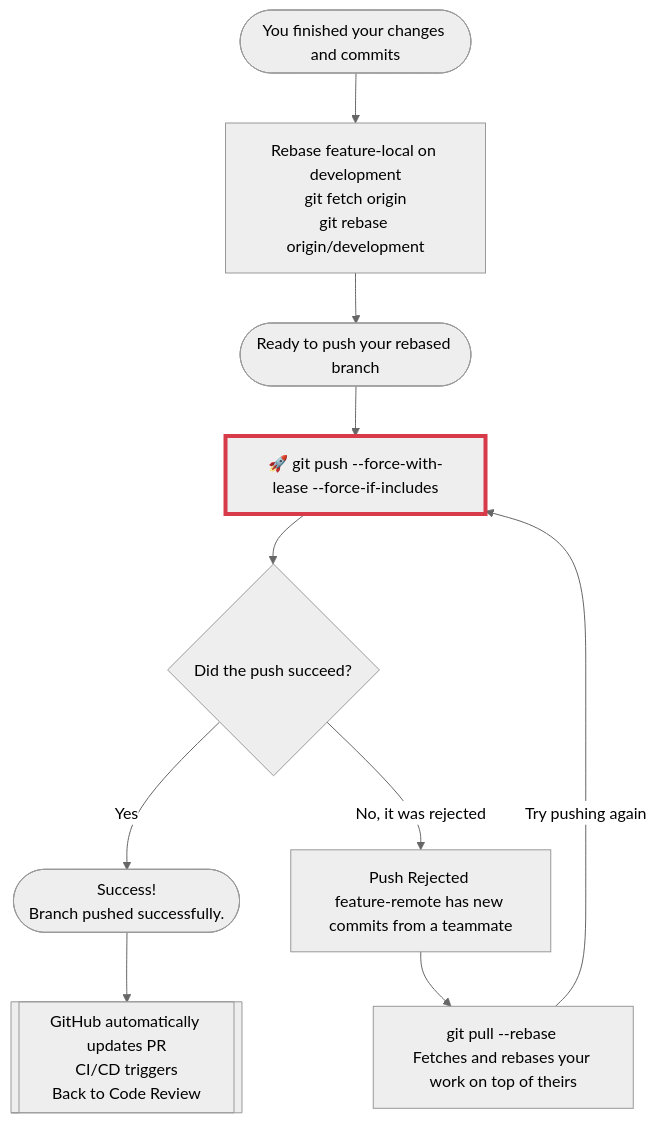
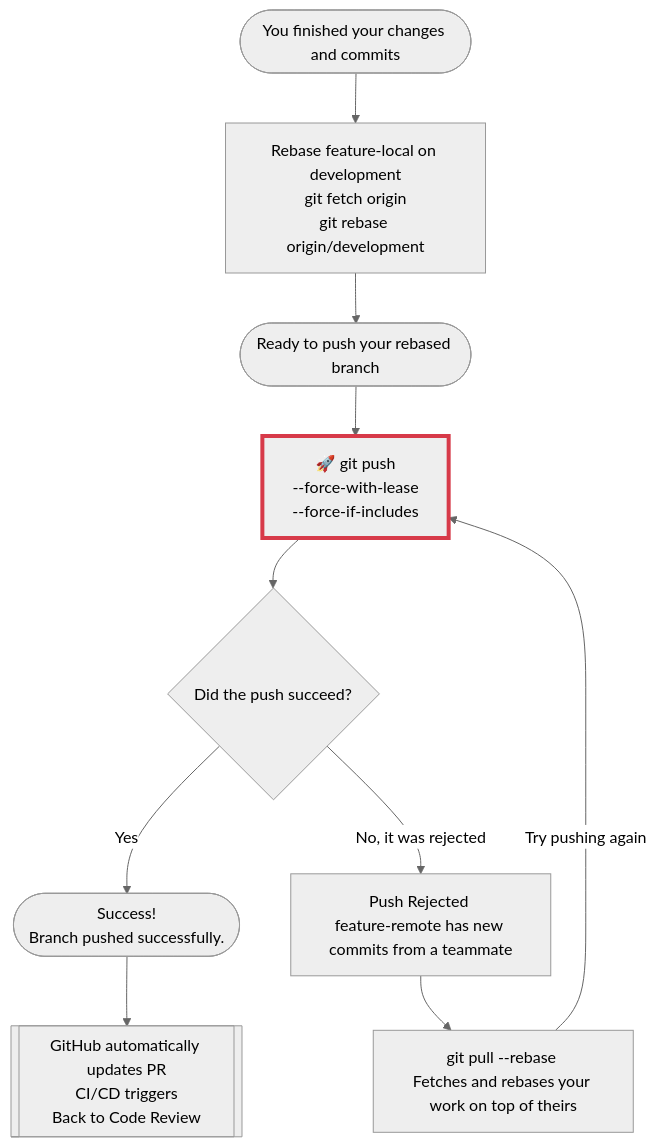
Before and after one commit to zurcacielos/git-rebase-explained-to-infinity: the second of 14 diagrams in README.md, drawn with Mermaid (neutral theme).

Commit message:
word wrap

````diff
--- a/README.md
+++ b/README.md
@@ -86,21 +86,21 @@
 ```mermaid
 flowchart TD
     Start([You finished your changes and commits]) --> RebaseLocal[Rebase feature-local on development<br>git fetch origin<br>git rebase origin/development]
     
     RebaseLocal --> Ready([Ready to push your rebased branch])
     
-    Ready --> Push1[🚀 git push --force-with-lease --force-if-includes]
+    Ready --> Push1["🚀 git push<br>--force-with-lease<br>--force-if-includes"]
     style Push1 stroke:#d73a49,stroke-width:4px
     
     Push1 --> Check1{Did the push succeed?}
     
     Check1 -- Yes --> Success1([Success! <br>Branch pushed successfully.])
     
     Success1 --> AutoPR[[GitHub automatically updates PR<br>CI/CD triggers<br>Back to Code Review]]
     
     Check1 -- No, it was rejected --> Rejected[Push Rejected <br>feature-remote has new commits from a teammate]
     
     Rejected --> PullRebase[git pull --rebase <br>Fetches and rebases your work on top of theirs]
     
     PullRebase -->|Try pushing again| Push1
 ```
````
